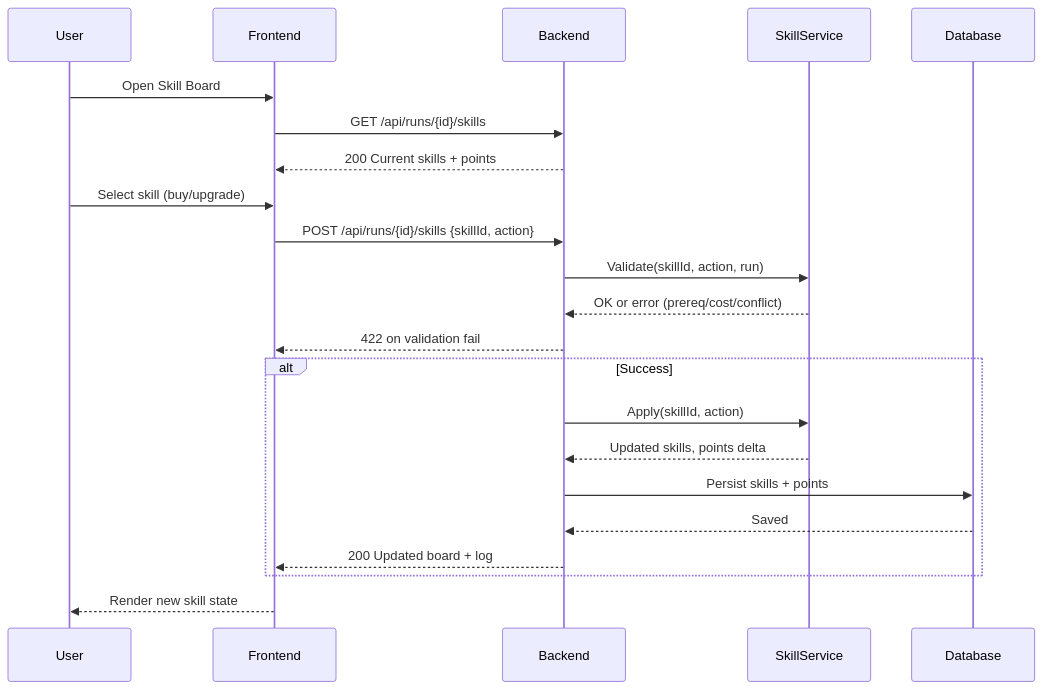
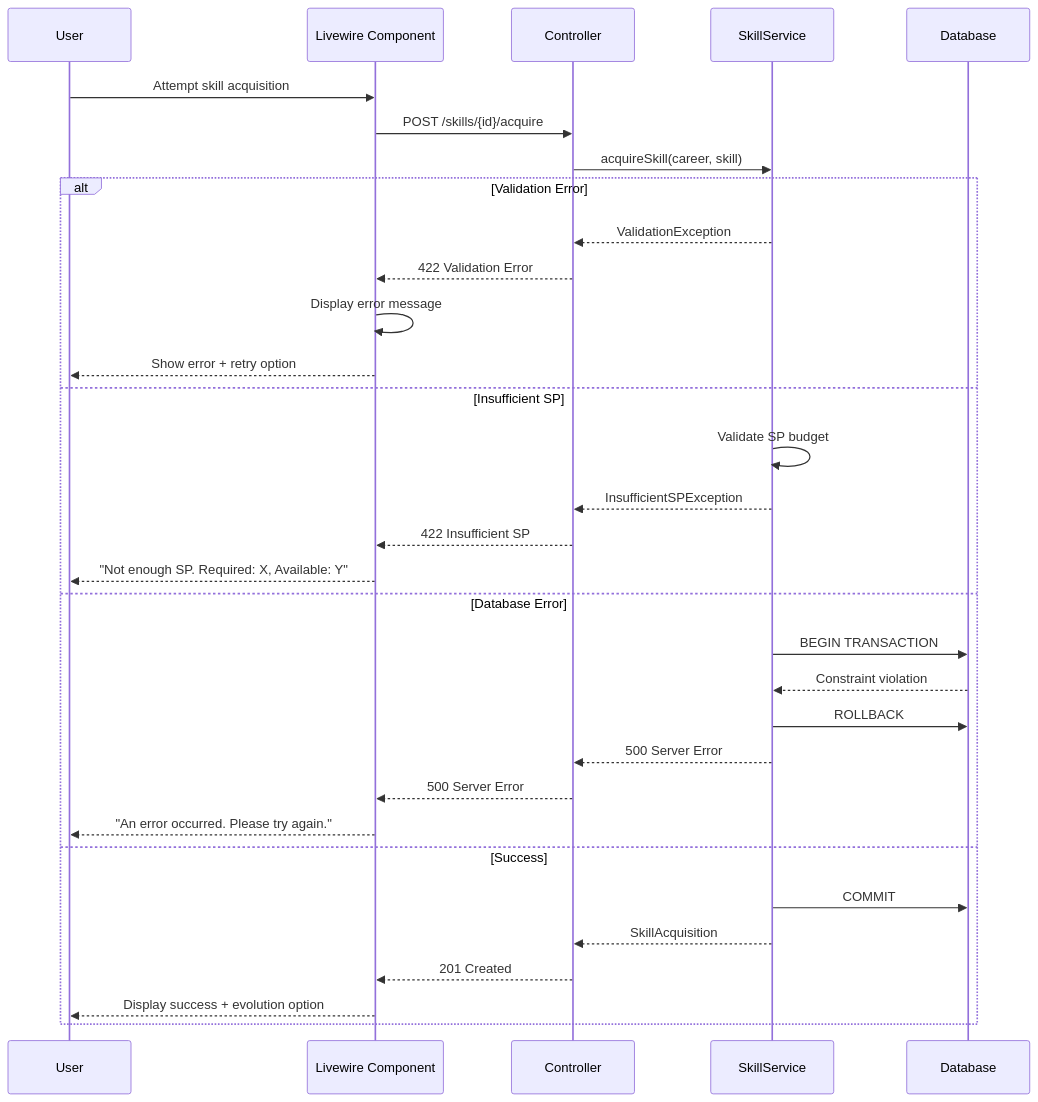
The second of 2 diagrams in docs/01-sequences/SEQ-003_Skill_Acquisition_and_Upgrade.md (exatfrds67/umamusume-career-planner), drawn with Mermaid before and after one commit. The commit also changed other lines of this file and 67 other files, not shown here.

````diff
--- a/docs/01-sequences/SEQ-003_Skill_Acquisition_and_Upgrade.md
+++ b/docs/01-sequences/SEQ-003_Skill_Acquisition_and_Upgrade.md
@@ -30,27 +605,36 @@
 ```mermaid
 sequenceDiagram
-    participant U as User
-    participant UI as Frontend
-    participant API as Backend
-    participant SK as SkillService
+    participant User
+    participant UI as Livewire Component
+    participant Controller
+    participant Service as SkillService
     participant DB as Database
 
-    U->>UI: Open Skill Board
-    UI->>API: GET /api/runs/{id}/skills
-    API-->>UI: 200 Current skills + points
-
-    U->>UI: Select skill (buy/upgrade)
-    UI->>API: POST /api/runs/{id}/skills {skillId, action}
-    API->>SK: Validate(skillId, action, run)
-    SK-->>API: OK or error (prereq/cost/conflict)
-    API-->>UI: 422 on validation fail
-
-    alt Success
-        API->>SK: Apply(skillId, action)
-        SK-->>API: Updated skills, points delta
-        API->>DB: Persist skills + points
-        DB-->>API: Saved
-        API-->>UI: 200 Updated board + log
+    User->>UI: Attempt skill acquisition
+    UI->>Controller: POST /skills/{id}/acquire
+    Controller->>Service: acquireSkill(career, skill)
+    
+    alt Validation Error
+        Service-->>Controller: ValidationException
+        Controller-->>UI: 422 Validation Error
+        UI->>UI: Display error message
+        UI-->>User: Show error + retry option
+    else Insufficient SP
+        Service->>Service: Validate SP budget
+        Service-->>Controller: InsufficientSPException
+        Controller-->>UI: 422 Insufficient SP
+        UI-->>User: "Not enough SP. Required: X, Available: Y"
+    else Database Error
+        Service->>DB: BEGIN TRANSACTION
+        DB-->>Service: Constraint violation
+        Service->>DB: ROLLBACK
+        Service-->>Controller: 500 Server Error
+        Controller-->>UI: 500 Server Error
+        UI-->>User: "An error occurred. Please try again."
+    else Success
+        Service->>DB: COMMIT
+        Service-->>Controller: SkillAcquisition
+        Controller-->>UI: 201 Created
+        UI-->>User: Display success + evolution option
     end
-    UI-->>U: Render new skill state
 ```
````
